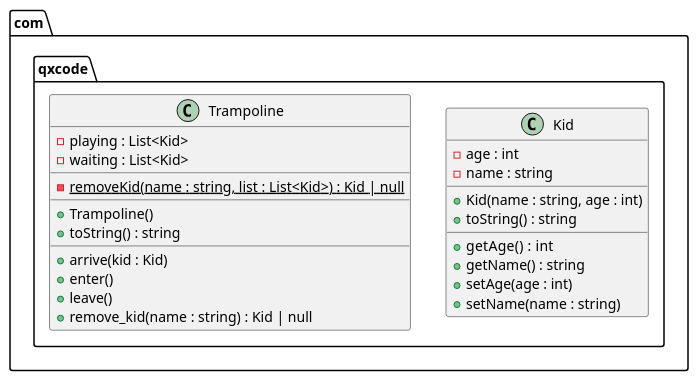
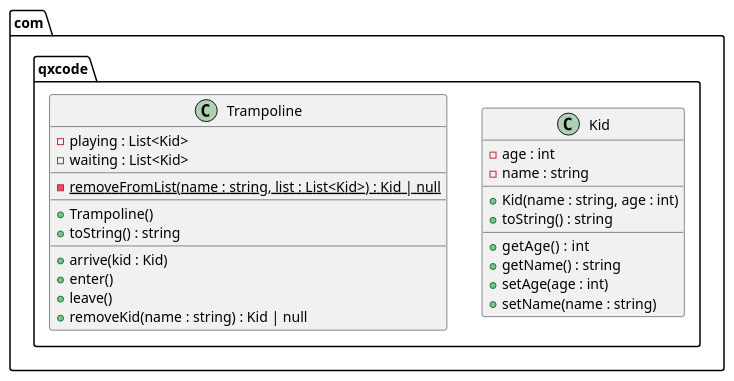
Before and after one commit to qxcodepoo/arcade: the diagram in base/009/.cache/Readme.md, drawn with PlantUML. The commit also changed other lines of this file and 5 other files, not shown here.

````diff
--- a/base/009/.cache/Readme.md
+++ b/base/009/.cache/Readme.md
@@ -28,44 +28,46 @@
 ```plantuml
 package com.qxcode {
   class Kid {
     - age : int
     - name : string
     __
     + Kid(name : string, age : int)
     + toString() : string
     __
     + getAge()  : int
     + getName() : string
     + setAge(age : int)
     + setName(name : string)
   }
+  
   class Trampoline {
     - playing : List<Kid>
     - waiting : List<Kid>
     __
-    - {static} removeKid(name : string, list : List<Kid>) : Kid | null
+    '
+    ' procura por uma criança na lista do parâmetro e se
+    ' encontrar, remove a criança e a retorna
+    - {static} removeFromList(name : string, list : List<Kid>) : Kid | null
     __
     + Trampoline()
     + toString() : string
     __
     ' 
     ' insere na lista de espera
     + arrive(kid : Kid)
     '
     ' se existir alguém na lista de espera
     ' remove o que estiver na frente da lista
     ' e insere na no fim da lista de playing
     + enter()
     '
     ' se existir alguém em playing, remove o primeiro da lista
     ' e insere no final da lista de espera
     + leave()
     '
-    ' procura nas lista passada por parametro a criança
-    ' utilizando o nome
-    ' se encontrar, remove a criança da lista e retorna
-    ' retorna null se não encontrar
-    + remove_kid(name : string) : Kid | null
+    ' utilize o método estático removeFromList
+    ' para tentar remover a criança das duas listas
+    + removeKid(name : string) : Kid | null
   }
 }
 ```
````
